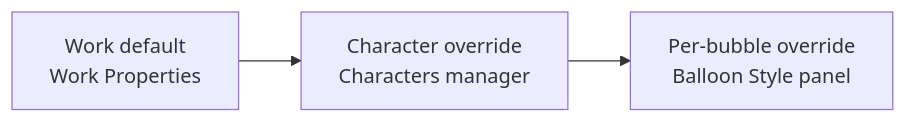
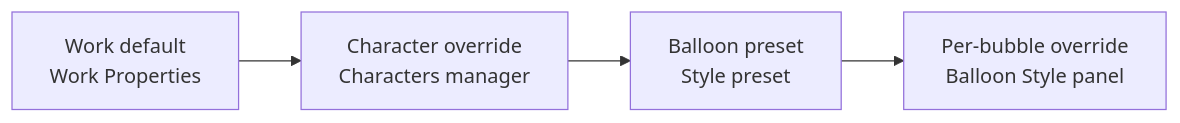
Before and after one commit to peoplegraphics/documentationai-Docs: the diagram in cms/editor/speech-bubbles.mdx, drawn with Mermaid. The commit also changed other lines of this file and 14 other files, not shown here.

````diff
--- a/cms/editor/speech-bubbles.mdx
+++ b/cms/editor/speech-bubbles.mdx
@@ -78,5 +78,6 @@
 ```mermaid
 graph LR
     A[Work default<br/>Work Properties] --> B[Character override<br/>Characters manager]
-    B --> C[Per-bubble override<br/>Balloon Style panel]
+    B --> C[Balloon preset<br/>Style preset]
+    C --> D[Per-bubble override<br/>Balloon Style panel]
 ```
````
